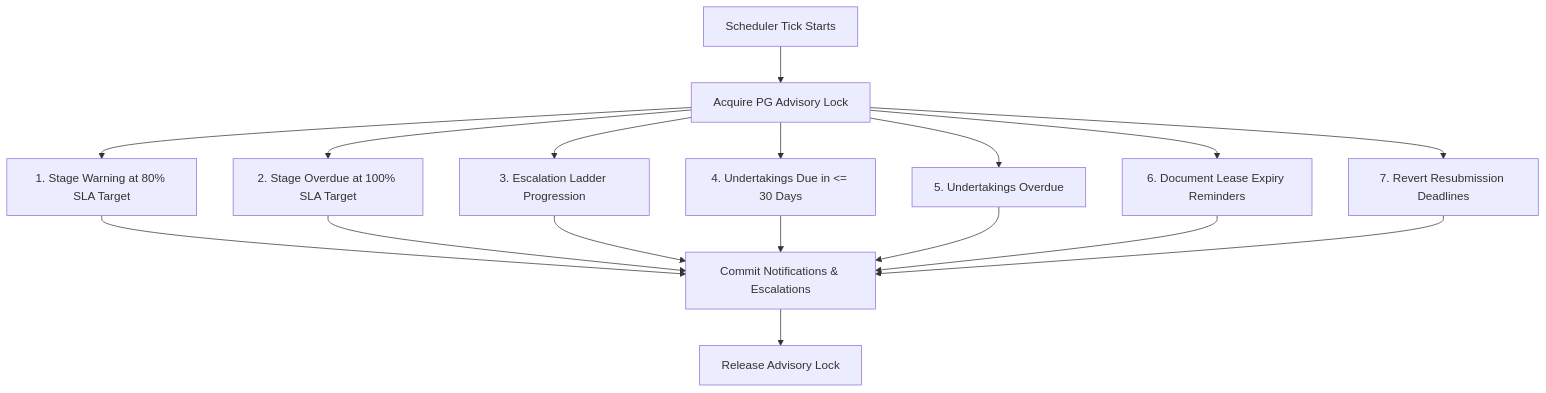
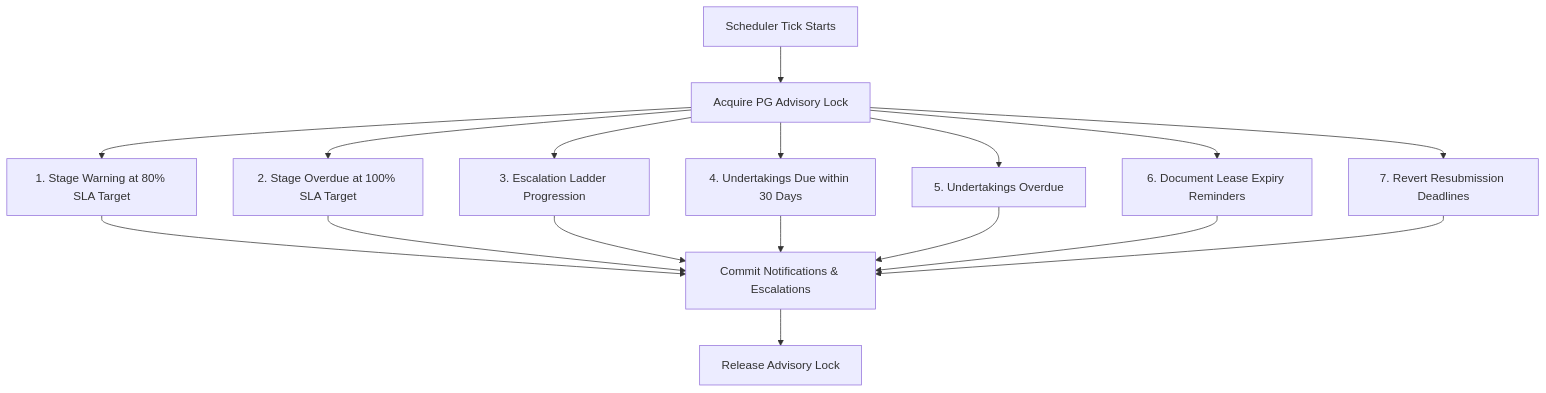
The diagram in PERFORMANCE_METRICS_REPORT.md (Nexus2005/Resilient-AI-X-ShadeX), drawn with Mermaid before and after one commit. The commit also changed 7 other files, not shown here.

Commit message:
fix(docs): resolve GitHub Mermaid diagram syntax in README and reports

````diff
--- a/PERFORMANCE_METRICS_REPORT.md
+++ b/PERFORMANCE_METRICS_REPORT.md
@@ -111,13 +111,19 @@
 ```mermaid
 flowchart TD
-    A[Scheduler Tick Starts] --> B[Acquire PG Advisory Lock]
-    B --> C1[1. Stage Warning at 80% SLA Target]
-    B --> C2[2. Stage Overdue at 100% SLA Target]
-    B --> C3[3. Escalation Ladder Progression]
-    B --> C4[4. Undertakings Due in <= 30 Days]
-    B --> C5[5. Undertakings Overdue]
-    B --> C6[6. Document Lease Expiry Reminders]
-    B --> C7[7. Revert Resubmission Deadlines]
-    C1 & C2 & C3 & C4 & C5 & C6 & C7 --> D[Commit Notifications & Escalations]
-    D --> E[Release Advisory Lock]
+    A["Scheduler Tick Starts"] --> B["Acquire PG Advisory Lock"]
+    B --> C1["1. Stage Warning at 80% SLA Target"]
+    B --> C2["2. Stage Overdue at 100% SLA Target"]
+    B --> C3["3. Escalation Ladder Progression"]
+    B --> C4["4. Undertakings Due within 30 Days"]
+    B --> C5["5. Undertakings Overdue"]
+    B --> C6["6. Document Lease Expiry Reminders"]
+    B --> C7["7. Revert Resubmission Deadlines"]
+    C1 --> D["Commit Notifications & Escalations"]
+    C2 --> D
+    C3 --> D
+    C4 --> D
+    C5 --> D
+    C6 --> D
+    C7 --> D
+    D --> E["Release Advisory Lock"]
 ```
````
